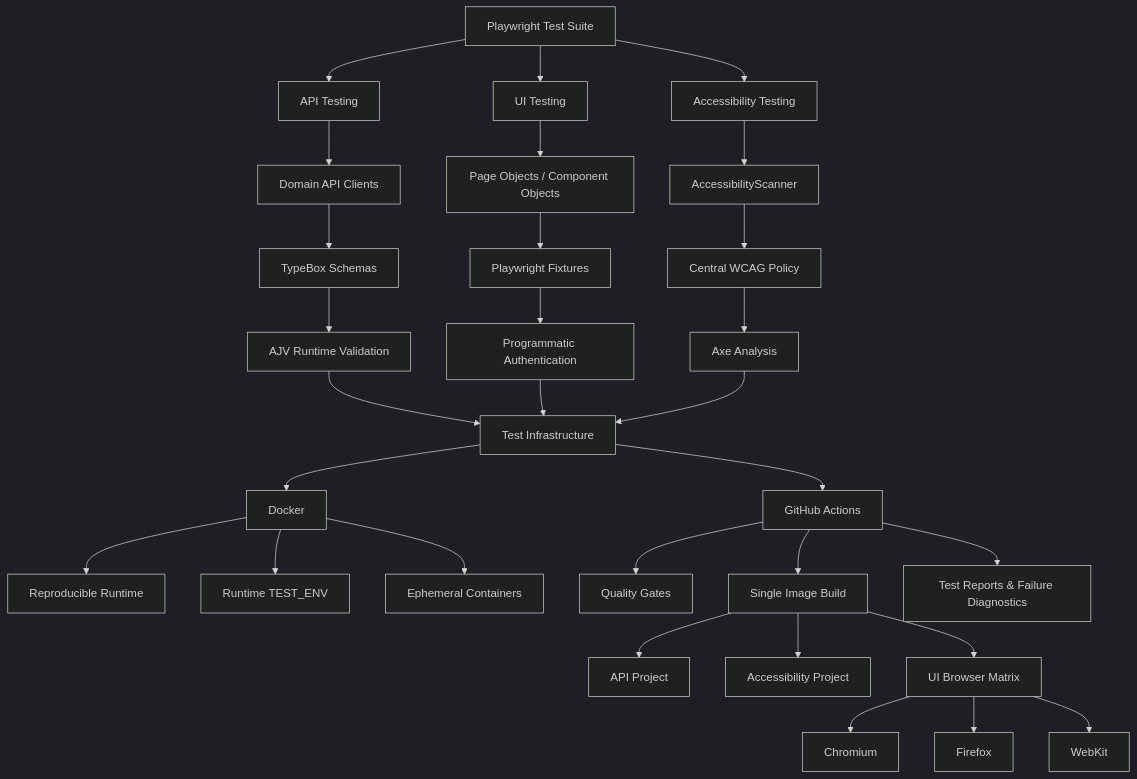
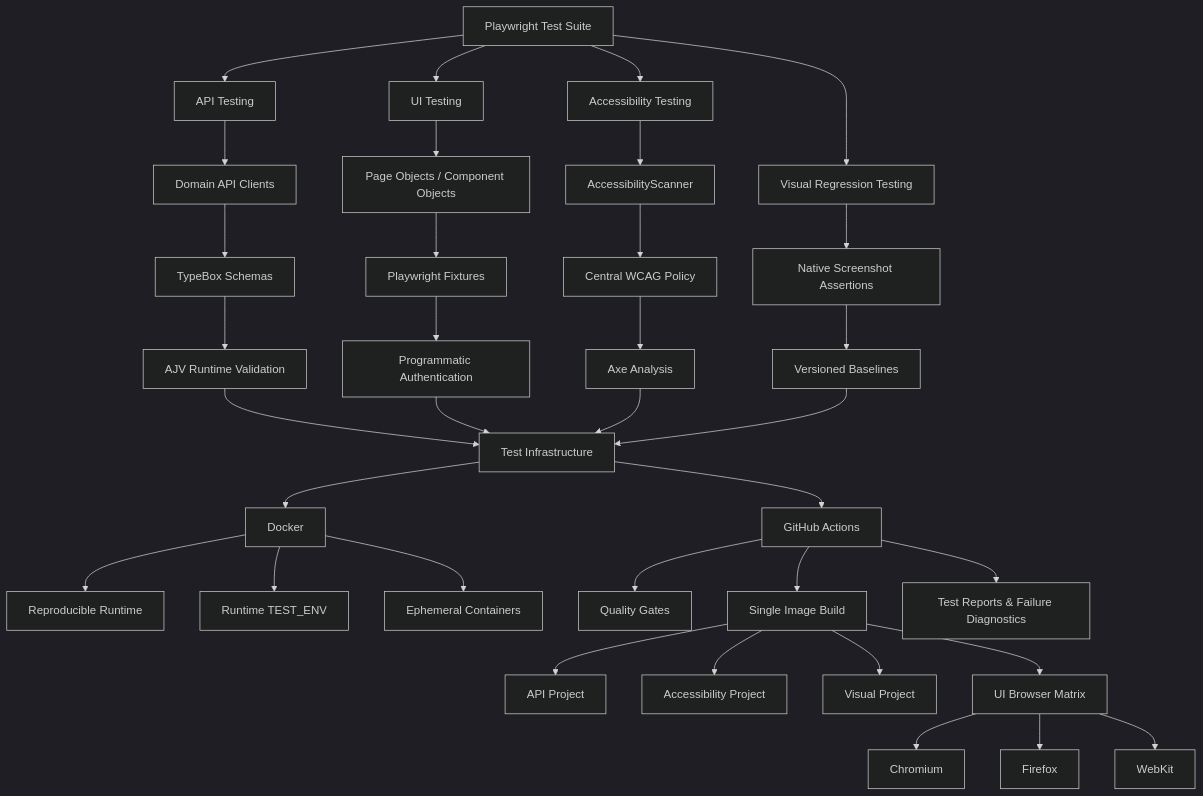
The diagram in README.md (szabihudak/szabihudak-template-SDET-framework), drawn with Mermaid (dark theme) before and after one commit. The commit also changed other lines of this file and 5 other files, not shown here.

Commit message:
docs(visual): document visual regression golden pattern

````diff
--- a/README.md
+++ b/README.md
@@ -30,43 +31,49 @@
 ```mermaid
 flowchart TD
     A[Playwright Test Suite]
 
     A --> B[API Testing]
     A --> C[UI Testing]
     A --> D[Accessibility Testing]
+    A --> E[Visual Regression Testing]
 
-    B --> E[Domain API Clients]
-    E --> F[TypeBox Schemas]
-    F --> G[AJV Runtime Validation]
+    B --> F[Domain API Clients]
+    F --> G[TypeBox Schemas]
+    G --> H[AJV Runtime Validation]
 
-    C --> H[Page Objects / Component Objects]
-    H --> I[Playwright Fixtures]
-    I --> J[Programmatic Authentication]
+    C --> I[Page Objects / Component Objects]
+    I --> J[Playwright Fixtures]
+    J --> K[Programmatic Authentication]
 
-    D --> K[AccessibilityScanner]
-    K --> L[Central WCAG Policy]
-    L --> M[Axe Analysis]
+    D --> L[AccessibilityScanner]
+    L --> M[Central WCAG Policy]
+    M --> N[Axe Analysis]
 
-    G --> N[Test Infrastructure]
-    J --> N
-    M --> N
+    E --> O[Native Screenshot Assertions]
+    O --> P[Versioned Baselines]
 
-    N --> O[Docker]
-    N --> P[GitHub Actions]
+    H --> Q[Test Infrastructure]
+    K --> Q
+    N --> Q
+    P --> Q
 
-    O --> Q[Reproducible Runtime]
-    O --> R[Runtime TEST_ENV]
-    O --> S[Ephemeral Containers]
+    Q --> R[Docker]
+    Q --> S[GitHub Actions]
 
-    P --> T[Quality Gates]
-    P --> U[Single Image Build]
-    U --> V[API Project]
-    U --> W[Accessibility Project]
-    U --> X[UI Browser Matrix]
+    R --> T[Reproducible Runtime]
+    R --> U[Runtime TEST_ENV]
+    R --> V[Ephemeral Containers]
 
-    X --> Y[Chromium]
-    X --> Z[Firefox]
-    X --> AA[WebKit]
+    S --> W[Quality Gates]
+    S --> X[Single Image Build]
+    X --> Y[API Project]
+    X --> Z[Accessibility Project]
+    X --> AA[Visual Project]
+    X --> AB[UI Browser Matrix]
 
-    P --> AB[Test Reports & Failure Diagnostics]
+    AB --> AC[Chromium]
+    AB --> AD[Firefox]
+    AB --> AE[WebKit]
+
+    S --> AF[Test Reports & Failure Diagnostics]
 ```
````
